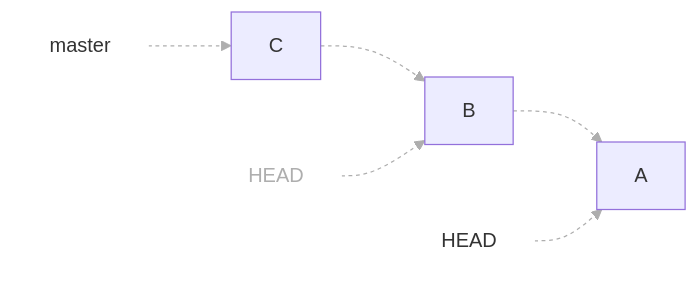
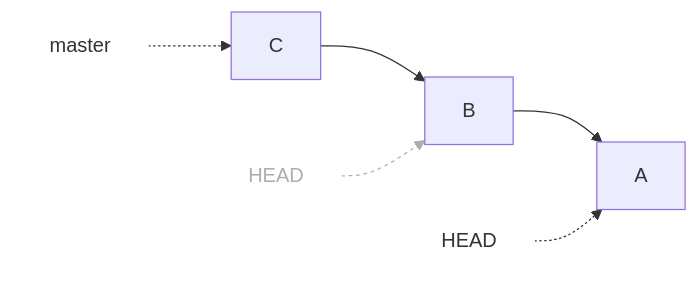
Before and after one commit to hpc2n/course-intro-git: the third of 11 diagrams in docs/commits.md, drawn with Mermaid. The commit also changed other lines of this file, not shown here.

````diff
--- a/docs/commits.md
+++ b/docs/commits.md
@@ -444,18 +444,18 @@
 ```mermaid
 graph LR
   A["A"]
   B["B"]
   C["C"]
   master["master"]
   style master fill:#ffffff,stroke:#ffffff
   head["HEAD"]
   style head fill:#ffffff,stroke:#ffffff
   old_head["HEAD"]
   style old_head fill:#ffffff,stroke:#ffffff,color:#aeaeae
   B --> A
   C --> B
   master -.-> C
   head -.-> A
   old_head -.-> B
-  linkStyle default stroke:#aeaeae,stroke-width:1px,stroke-dasharray:3;
+  linkStyle 4 stroke:#aeaeae,stroke-width:1px,stroke-dasharray:3;
 ```
````
